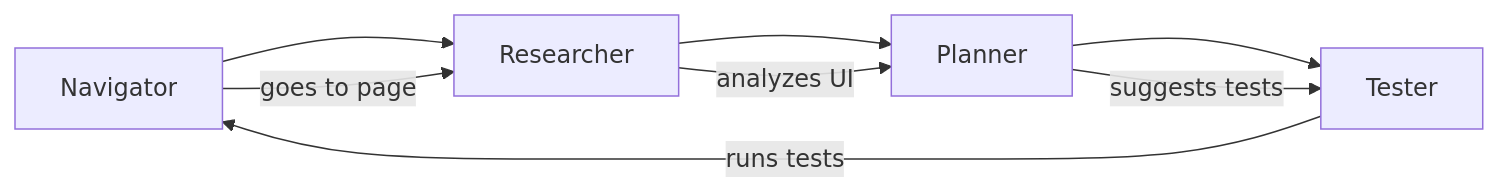
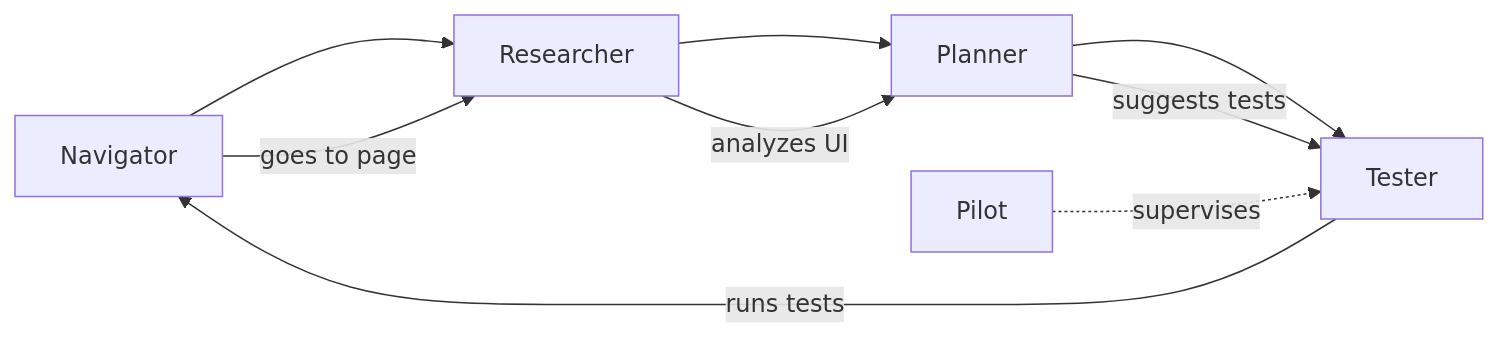
The diagram in docs/agents.md (testomatio/explorbot), drawn with Mermaid before and after one commit. The commit also changed other lines of this file and 2 other files, not shown here.

Commit message:
updated docs for pilot

````diff
--- a/docs/agents.md
+++ b/docs/agents.md
@@ -7,8 +7,9 @@
 ```mermaid
 flowchart LR
     A[Navigator] --> B[Researcher] --> C[Planner] --> D[Tester]
     A -- "goes to page" --> B
     B -- "analyzes UI" --> C
     C -- "suggests tests" --> D
     D -- "runs tests" --> A
+    E[Pilot] -.->|supervises| D
 ```
````
